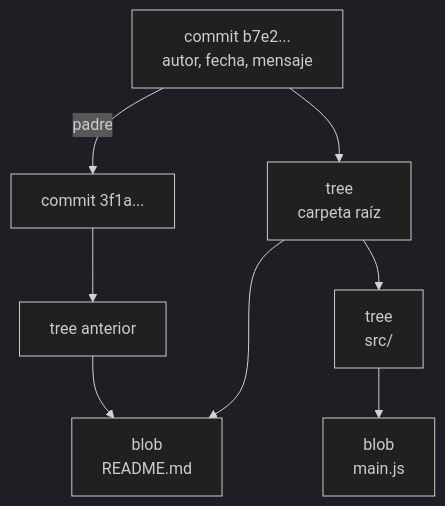
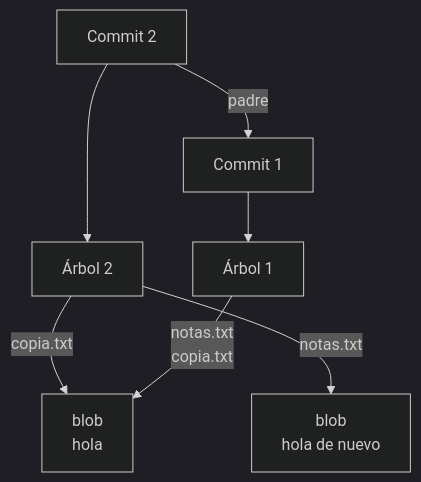
The diagram in src/content/es/articles/git-por-dentro.mdx (nbfrodri/devly), drawn with Mermaid (dark theme) before and after one commit. The commit also changed other lines of this file and 5 other files, not shown here.

````diff
--- a/src/content/es/articles/git-por-dentro.mdx
+++ b/src/content/es/articles/git-por-dentro.mdx
@@ -44,10 +114,9 @@
 ```mermaid
 flowchart TD
-	C2["commit b7e2...<br>autor, fecha, mensaje"] -- padre --> C1["commit 3f1a..."]
-	C2 --> T["tree<br>carpeta raíz"]
-	T --> B1["blob<br>README.md"]
-	T --> T2["tree<br>src/"]
-	T2 --> B2["blob<br>main.js"]
-	C1 --> T0["tree anterior"]
-	T0 --> B1
+	C2["Commit 2"] -- padre --> C1["Commit 1"]
+	C2 --> T2["Árbol 2"]
+	C1 --> T1["Árbol 1"]
+	T2 -- notas.txt --> B2["blob<br>hola de nuevo"]
+	T2 -- copia.txt --> B1["blob<br>hola"]
+	T1 -- "notas.txt<br>copia.txt" --> B1
 ```
````
